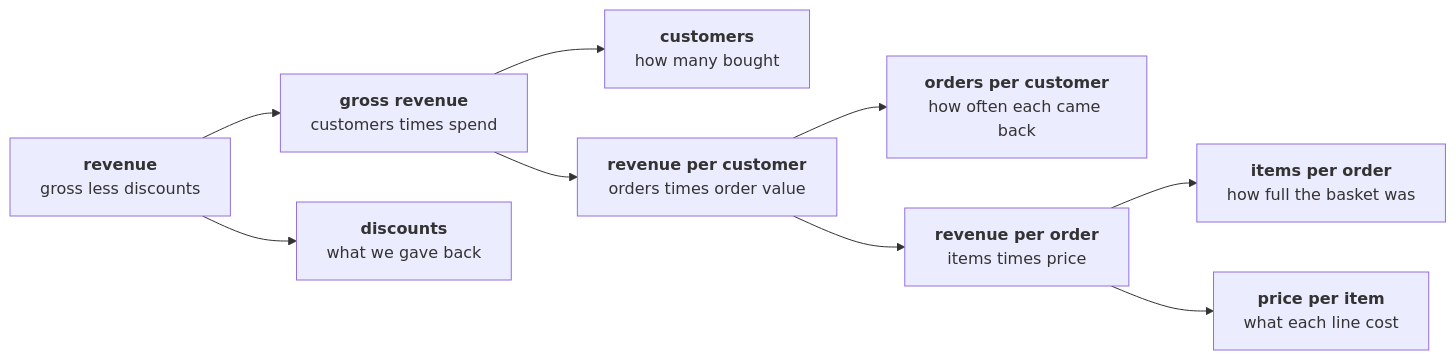
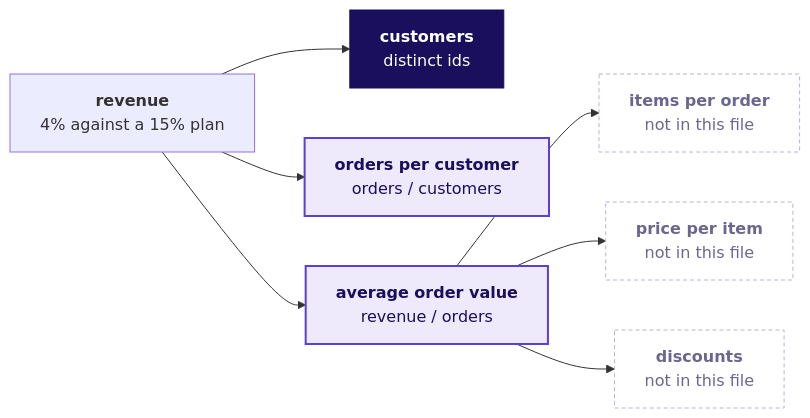
The second of 3 diagrams in content/W01/D1/study-notes/C2_W01_D01_notes_STUDENT.md (fde-academy-lab/c2-content-factory), drawn with Mermaid before and after one commit. The commit also changed other lines of this file and 28 other files, not shown here.

````diff
--- a/content/W01/D1/study-notes/C2_W01_D01_notes_STUDENT.md
+++ b/content/W01/D1/study-notes/C2_W01_D01_notes_STUDENT.md
@@ -56,11 +52,15 @@
 ```mermaid
 flowchart LR
-    R["<b>revenue</b><br/>gross less discounts"] --> G["<b>gross revenue</b><br/>customers times spend"]
-    R --> D["<b>discounts</b><br/>what we gave back"]
-    G --> C["<b>customers</b><br/>how many bought"]
-    G --> V["<b>revenue per customer</b><br/>orders times order value"]
-    V --> F["<b>orders per customer</b><br/>how often each came back"]
-    V --> O["<b>revenue per order</b><br/>items times price"]
-    O --> B["<b>items per order</b><br/>how full the basket was"]
-    O --> P["<b>price per item</b><br/>what each line cost"]
+    R["<b>revenue</b><br/>4% against a 15% plan"] --> C["<b>customers</b><br/>distinct ids"]
+    R --> F["<b>orders per customer</b><br/>orders / customers"]
+    R --> A["<b>average order value</b><br/>revenue / orders"]
+    A --> I["<b>items per order</b><br/>not in this file"]
+    A --> P["<b>price per item</b><br/>not in this file"]
+    A --> D["<b>discounts</b><br/>not in this file"]
+    classDef known fill:#EEEAFB,stroke:#5B3FD6,color:#1A0F5C,stroke-width:2px
+    classDef unknown fill:#FFFFFF,stroke:#B8B2D6,color:#6B6690,stroke-dasharray:4 3
+    classDef bet fill:#1A0F5C,stroke:#1A0F5C,color:#FFFFFF
+    class F,A known
+    class I,P,D unknown
+    class C bet
 ```
````
